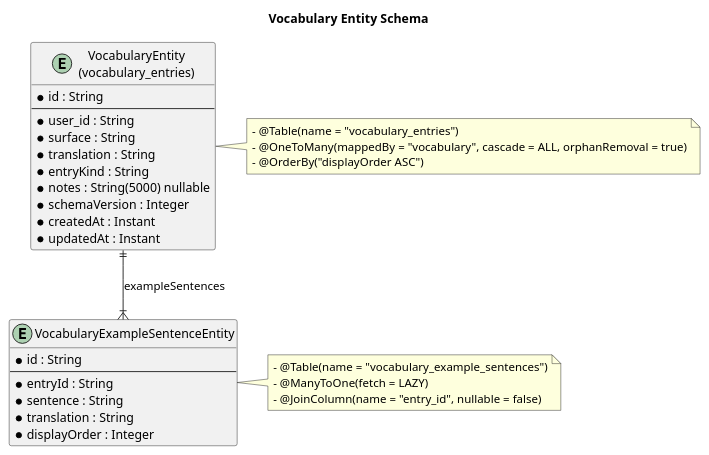
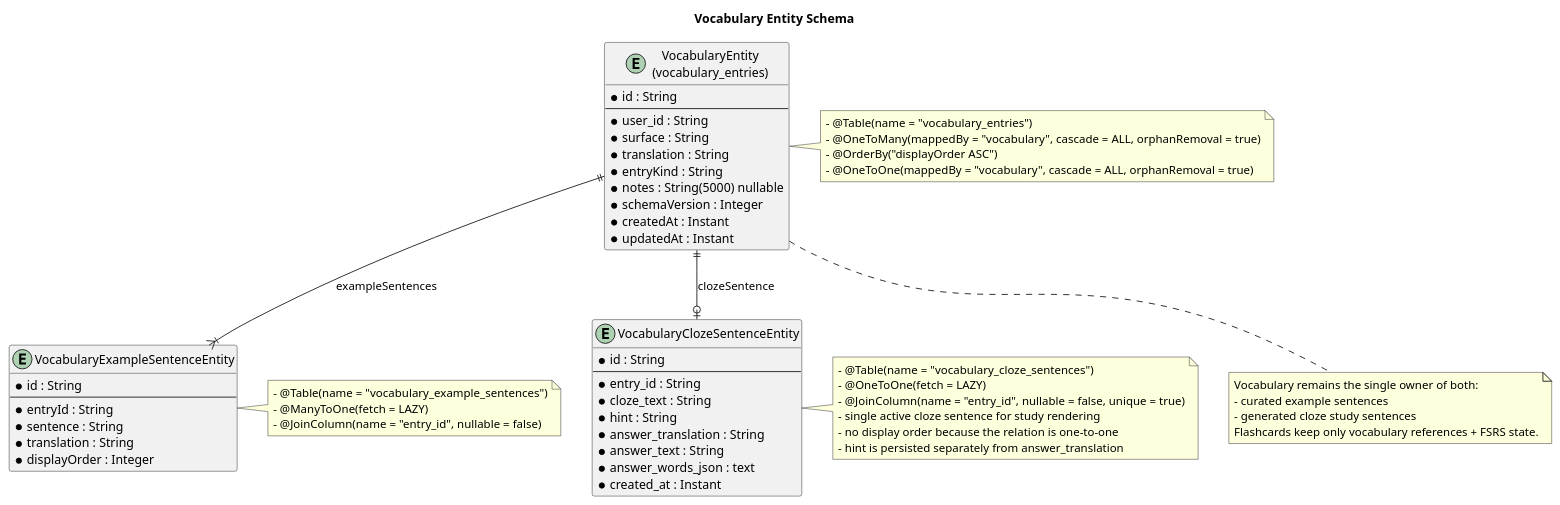
One commit to muhammadismailkhan0009/language-learner-backend changed the diagram in diagrams/vocabulary/vocabulary-entity-schema.puml. Above: the diagram before and after it, drawn with PlantUML. The commit also changed 56 other files, not shown here.

```diff
--- a/diagrams/vocabulary/vocabulary-entity-schema.puml
+++ b/diagrams/vocabulary/vocabulary-entity-schema.puml
@@ -1,41 +1,71 @@
 @startuml
 
 title Vocabulary Entity Schema
 
 entity "VocabularyEntity\n(vocabulary_entries)" as VocabularyEntity {
   * id : String
   --
   * user_id : String
   * surface : String
   * translation : String
   * entryKind : String
   * notes : String(5000) nullable
   * schemaVersion : Integer
   * createdAt : Instant
   * updatedAt : Instant
 }
 
 entity "VocabularyExampleSentenceEntity" as VocabularyExampleSentenceEntity {
   * id : String
   --
   * entryId : String
   * sentence : String
   * translation : String
   * displayOrder : Integer
 }
 
+entity "VocabularyClozeSentenceEntity" as VocabularyClozeSentenceEntity {
+  * id : String
+  --
+  * entry_id : String
+  * cloze_text : String
+  * hint : String
+  * answer_translation : String
+  * answer_text : String
+  * answer_words_json : text
+  * created_at : Instant
+}
+
 VocabularyEntity ||--|{ VocabularyExampleSentenceEntity : exampleSentences
+VocabularyEntity ||--o| VocabularyClozeSentenceEntity : clozeSentence
 
 note right of VocabularyEntity
 - @Table(name = "vocabulary_entries")
 - @OneToMany(mappedBy = "vocabulary", cascade = ALL, orphanRemoval = true)
 - @OrderBy("displayOrder ASC")
+- @OneToOne(mappedBy = "vocabulary", cascade = ALL, orphanRemoval = true)
 end note
 
 note right of VocabularyExampleSentenceEntity
 - @Table(name = "vocabulary_example_sentences")
 - @ManyToOne(fetch = LAZY)
 - @JoinColumn(name = "entry_id", nullable = false)
 end note
 
+note right of VocabularyClozeSentenceEntity
+- @Table(name = "vocabulary_cloze_sentences")
+- @OneToOne(fetch = LAZY)
+- @JoinColumn(name = "entry_id", nullable = false, unique = true)
+- single active cloze sentence for study rendering
+- no display order because the relation is one-to-one
+- hint is persisted separately from answer_translation
+end note
+
+note bottom of VocabularyEntity
+Vocabulary remains the single owner of both:
+- curated example sentences
+- generated cloze study sentences
+Flashcards keep only vocabulary references + FSRS state.
+end note
+
 @enduml
```
